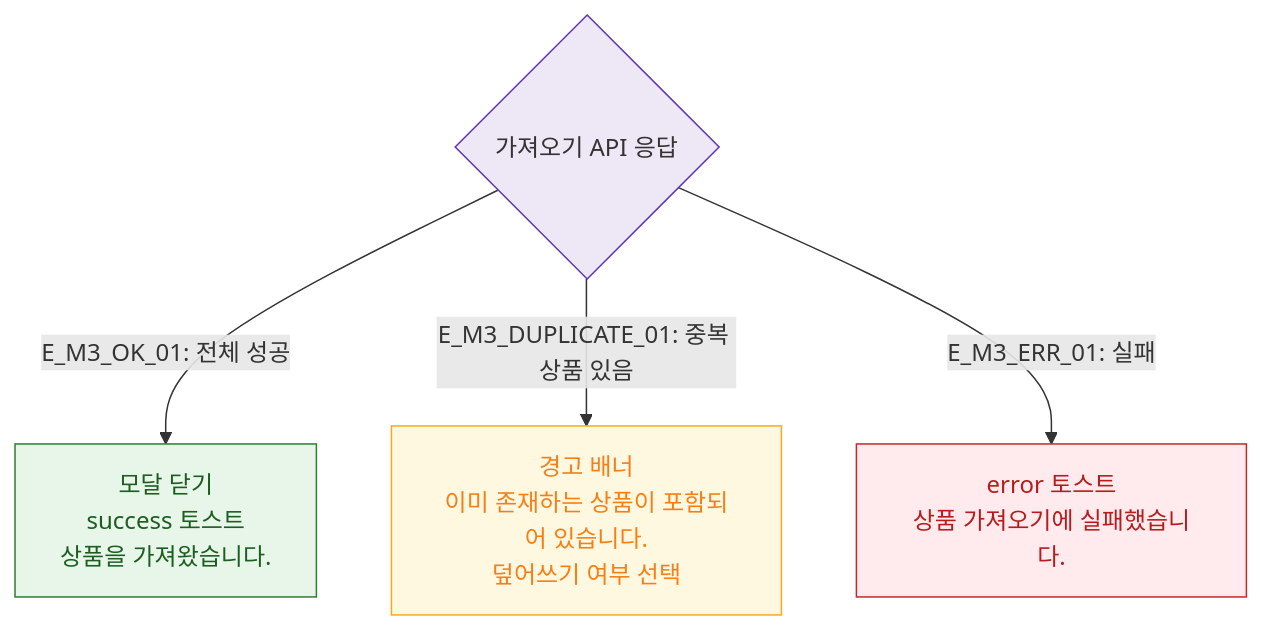
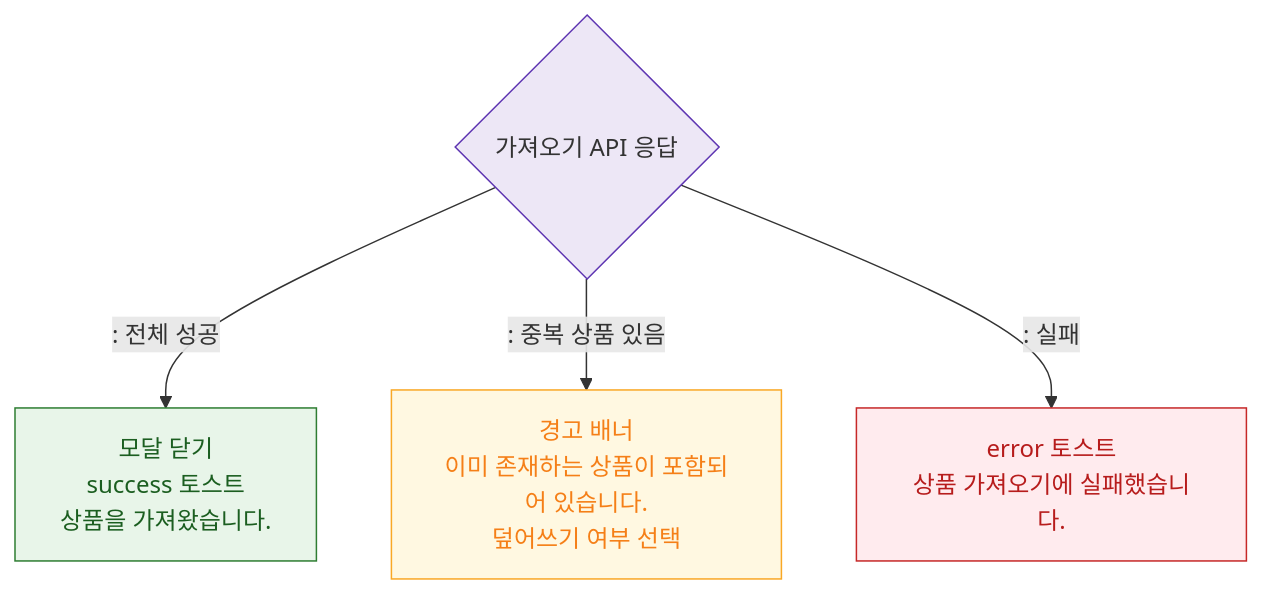
Before and after one commit to dev-spogym/admin-pando: the diagram in docs/다이어그램/D05_상품관리/DLG/DLG-P005_상품가져오기/M3_결과분기.md, drawn with Mermaid. The commit also changed other lines of this file and 1660 other files, not shown here.

First line of the commit message:
다이어그램: 기획자/클라이언트 납품본으로 정리

````diff
--- a/docs/다이어그램/D05_상품관리/DLG/DLG-P005_상품가져오기/M3_결과분기.md
+++ b/docs/다이어그램/D05_상품관리/DLG/DLG-P005_상품가져오기/M3_결과분기.md
@@ -16,15 +14,15 @@
 ```mermaid
 flowchart TD
-    ImportAPI{가져오기 API 응답} -->|"E_M3_OK_01: 전체 성공"| FullSuccess[모달 닫기\nsuccess 토스트\n상품을 가져왔습니다.]
-    ImportAPI -->|"E_M3_DUPLICATE_01: 중복 상품 있음"| DupWarn[경고 배너\n이미 존재하는 상품이 포함되어 있습니다.\n덮어쓰기 여부 선택]
-    ImportAPI -->|"E_M3_ERR_01: 실패"| ErrResult[error 토스트\n상품 가져오기에 실패했습니다.]
+    ImportAPI{가져오기 API 응답} -->|": 전체 성공"|FullSuccess[모달 닫기\nsuccess 토스트\n상품을 가져왔습니다.]
+    ImportAPI -->|": 중복 상품 있음"|DupWarn[경고 배너\n이미 존재하는 상품이 포함되어 있습니다.\n덮어쓰기 여부 선택]
+    ImportAPI -->|": 실패"|ErrResult[error 토스트\n상품 가져오기에 실패했습니다.]
 
     classDef success fill:#E8F5E9,stroke:#2E7D32,color:#1B5E20
     classDef warning fill:#FFF8E1,stroke:#F9A825,color:#F57F17
     classDef error fill:#FFEBEE,stroke:#C62828,color:#B71C1C
     classDef system fill:#EDE7F6,stroke:#5E35B2
     class FullSuccess success
     class DupWarn warning
     class ErrResult error
     class ImportAPI system
 ```
````
